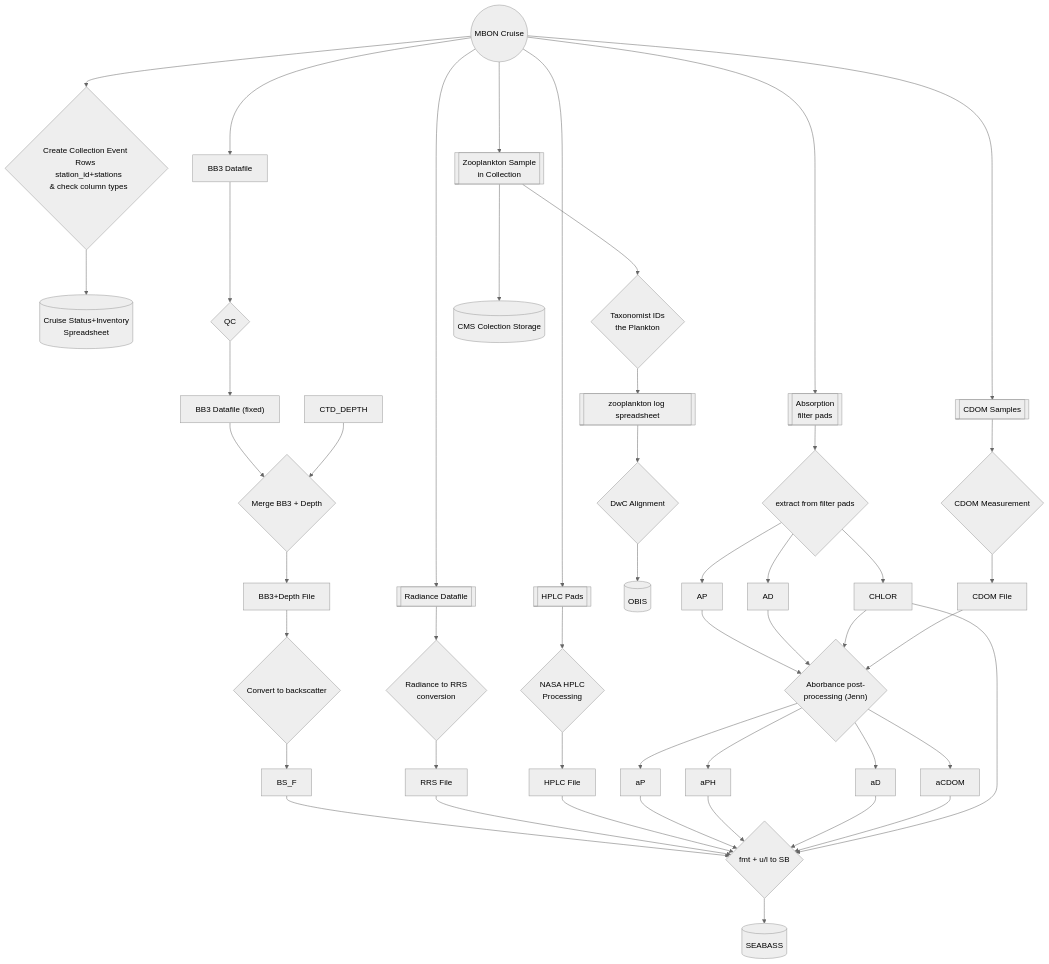
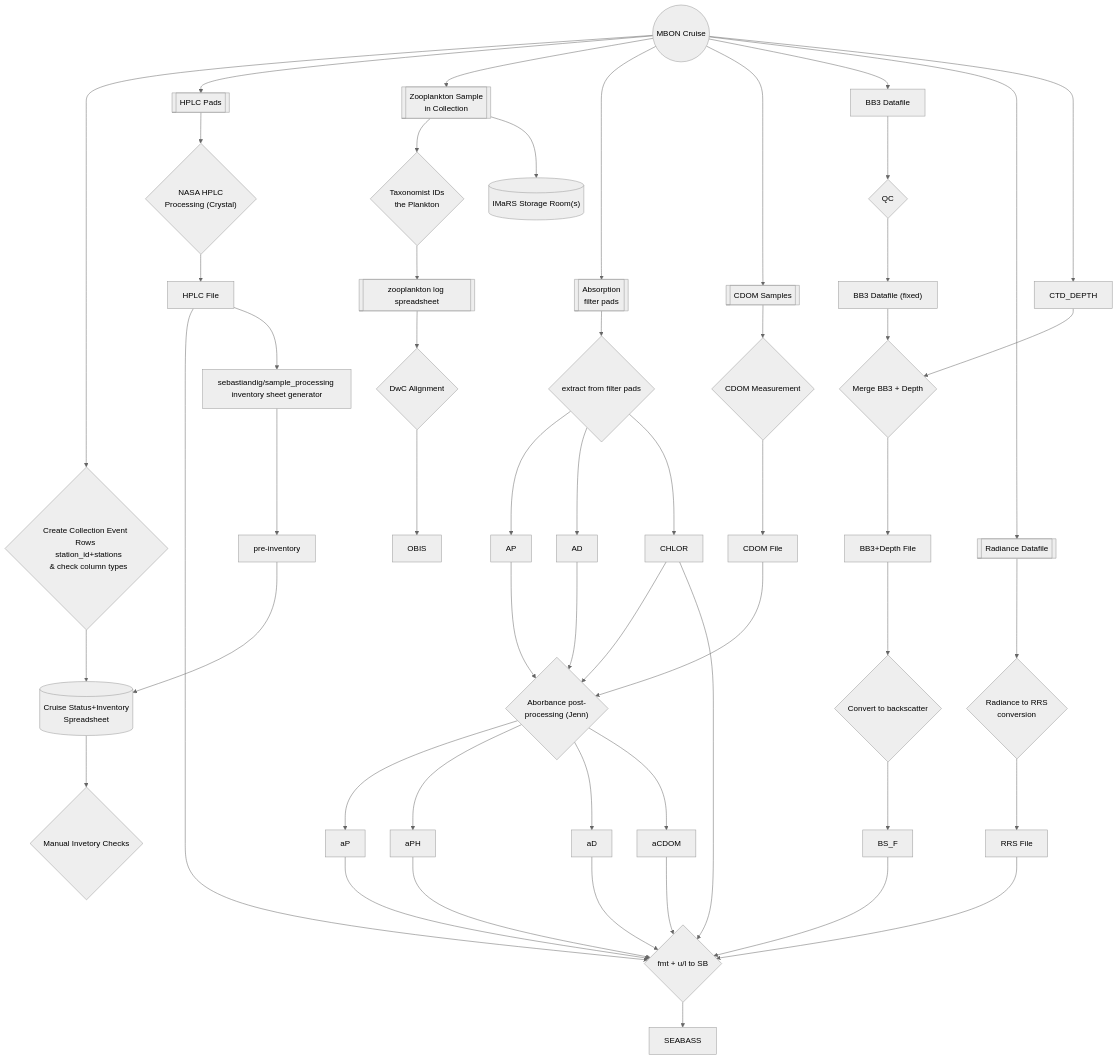
Before and after one commit to USF-IMARS/data-docs: the diagram in raw_data_collection_event_types/MBON_cruises/README.md, drawn with Mermaid (neutral theme).

```diff
--- a/raw_data_collection_event_types/MBON_cruises/README.md
+++ b/raw_data_collection_event_types/MBON_cruises/README.md
@@ -48,6 +48,7 @@
 CRUISE --> CDOM[[CDOM Samples]]
 CRUISE --> BB3[BB3 Datafile]
 CRUISE --> RAD[[Radiance Datafile]]
+CRUISE --> CTD_DEPTH
 
 %% === BB3 Pipeline
 BB3 --> BB3_QC{"QC"}
@@ -59,6 +60,7 @@
 BB3_N_DEPTH--> BB3_2_BS{"Convert to backscatter"}
 --> BS_F
 --> SB_FMT
+
 %% === reflectance pipeline
 RAD -->
 RAD_CONV{"Radiance to RRS \n conversion"}
@@ -66,20 +68,22 @@
 --> SB_FMT
 
 %% === HPLC pipeline
-HPLC --> NASA{NASA HPLC \n Processing}
+HPLC --> NASA{"NASA HPLC \n Processing (Crystal)"}
 NASA --> HPLC_F[HPLC File]
 HPLC_F --> SB_FMT
   --> SEABASS
-%% === list of database endpoints
-OBIS[(OBIS)]
-SEABASS[(SEABASS)]
+HPLC_F 
+  --> inventory_gen["sebastiandig/sample_processing inventory sheet generator"]
+  --> inventory_pre["pre-inventory "]
+  --> INVENTORY
+  --> INVENTORY_MANAGE{Manual Invetory Checks}
 
 %% === zooplankton pipeline
 ZOO --> TAXIZE{Taxonomist IDs \n the Plankton}
 TAXIZE --> ZOO_LOG[[zooplankton log spreadsheet]]
 ZOO_LOG --> DWC{DwC Alignment}
 DWC --> OBIS
-ZOO --> STORE[(CMS Colection Storage)]
+ZOO --> STORE[("IMaRS Storage Room(s)")]
 
 %% Absorption filter pad + CDOM pipeline
 PADS --> PAD_EXTRACT{extract from filter pads}
```
